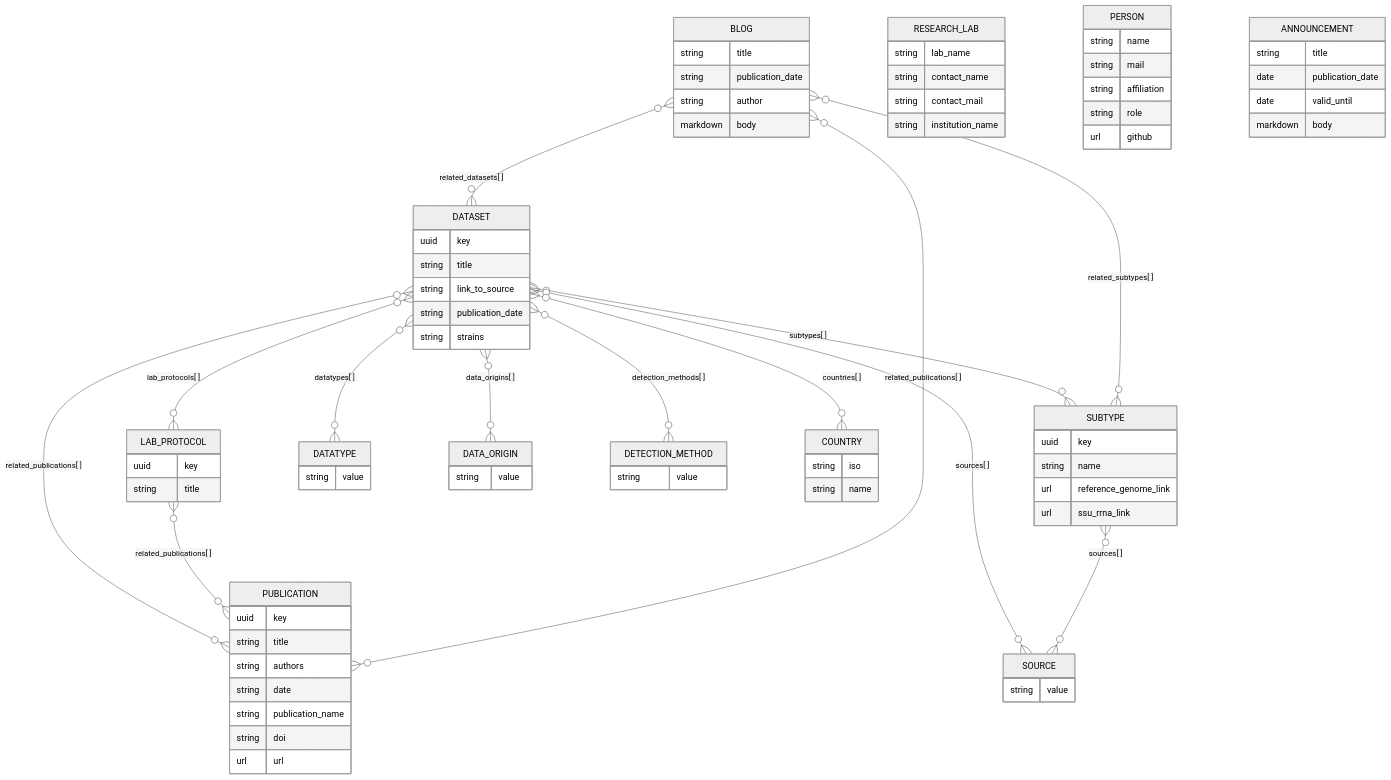
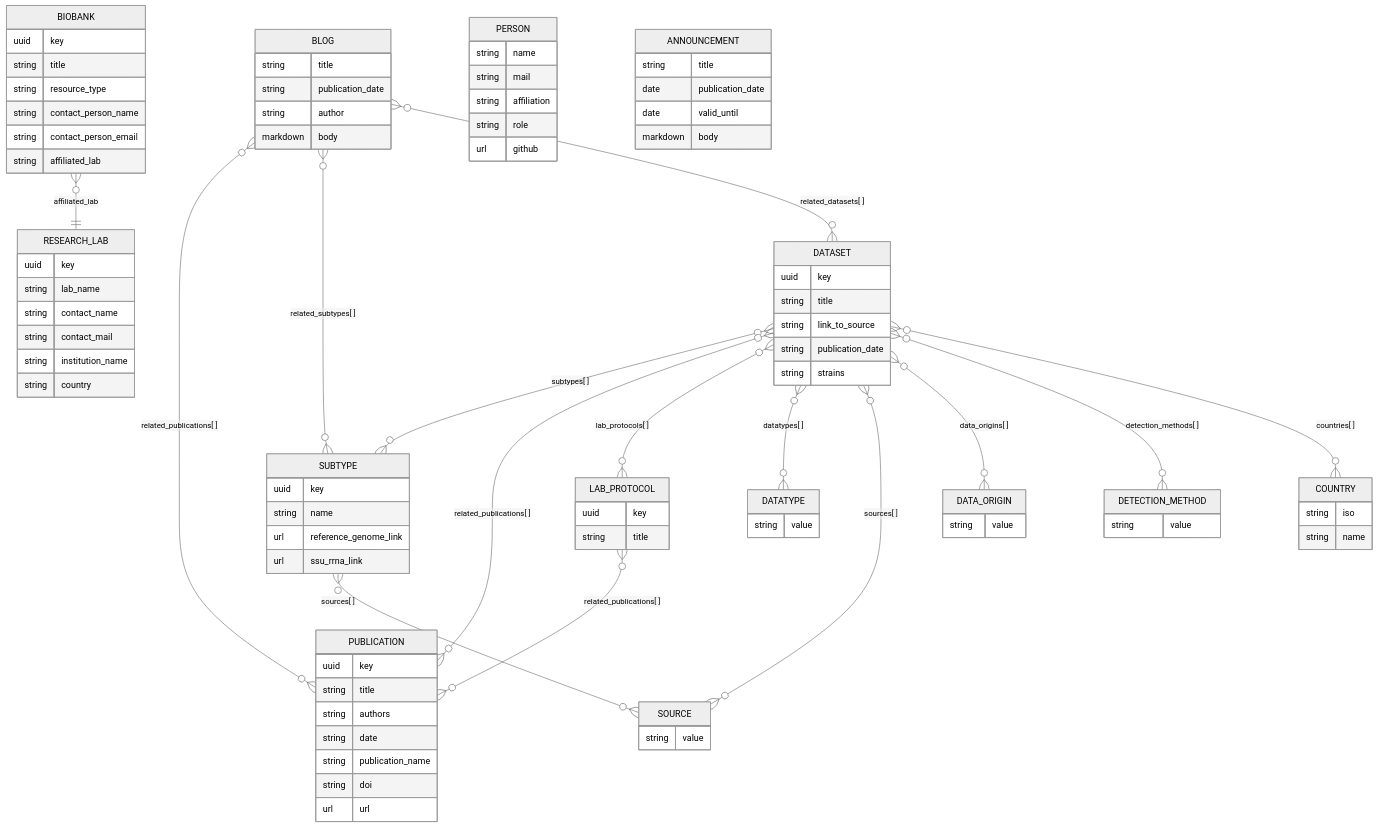
Before and after one commit to Tsaousis-Lab/blastodb: the diagram in content/documentation/technical/datastructure/index.md, drawn with Mermaid (neutral theme). The commit also changed other lines of this file and 17 other files, not shown here.

Commit message:
Added doku and added link by key instead of link by name

```diff
--- a/content/documentation/technical/datastructure/index.md
+++ b/content/documentation/technical/datastructure/index.md
@@ -30,6 +32,7 @@
     BLOG }o--o{ PUBLICATION : "related_publications[ ]"
     BLOG }o--o{ SUBTYPE : "related_subtypes[ ]"
     BLOG }o--o{ DATASET : "related_datasets[ ]"
+    BIOBANK }o--|| RESEARCH_LAB : "affiliated_lab"
 
     DATASET {
         uuid key
@@ -64,10 +67,20 @@
         string title
     }
     RESEARCH_LAB {
+        uuid key
         string lab_name
         string contact_name
         string contact_mail
         string institution_name
+        string country
+    }
+    BIOBANK {
+        uuid key
+        string title
+        string resource_type
+        string contact_person_name
+        string contact_person_email
+        string affiliated_lab
     }
     PERSON {
         string name
```
